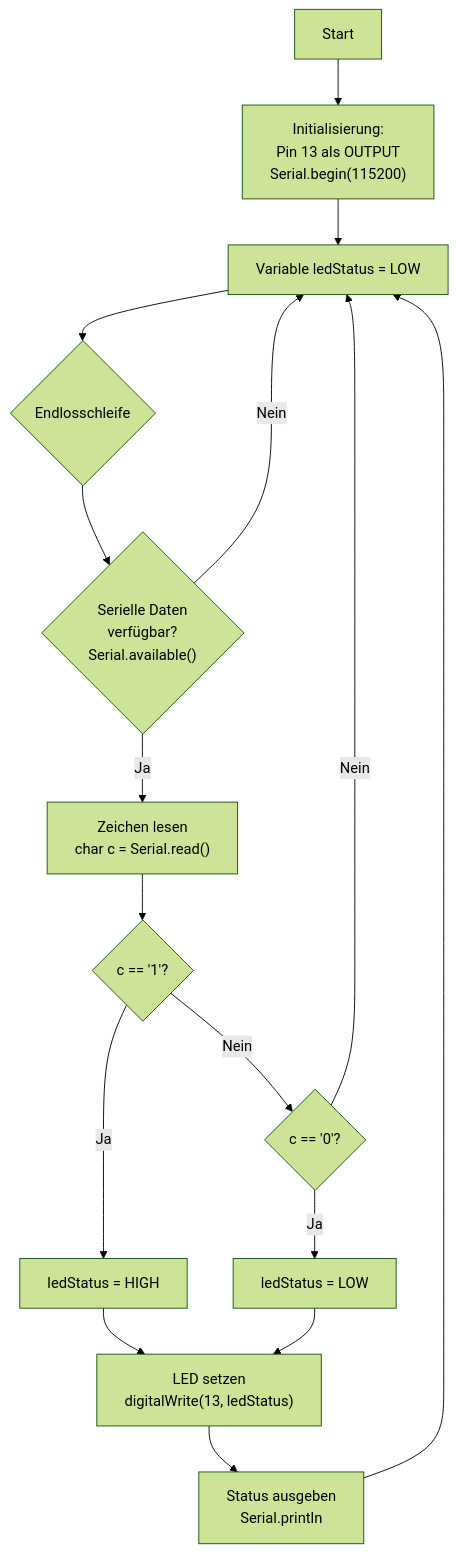
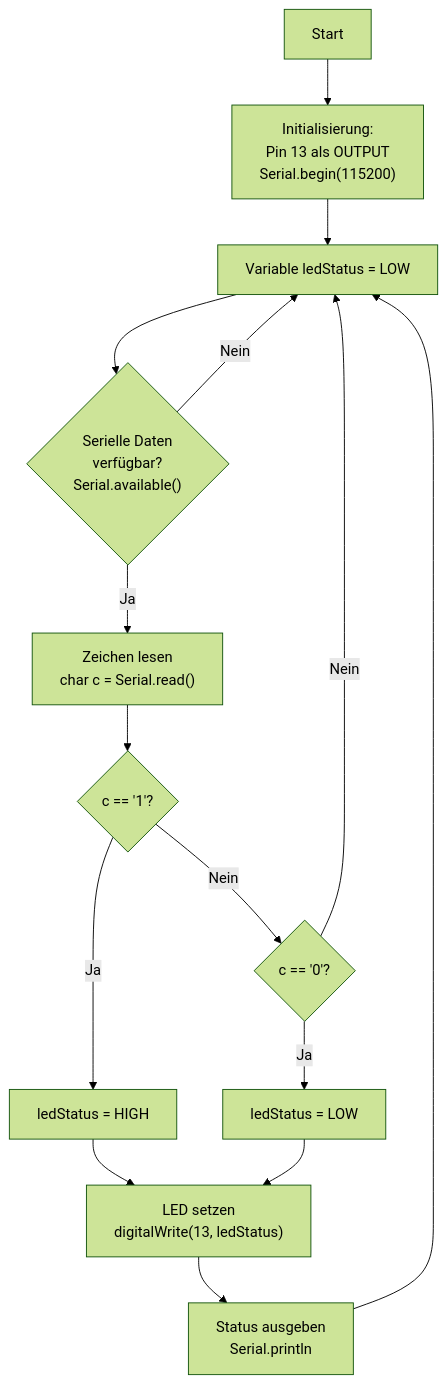
One commit to jahnhtl/embedded_systems changed the diagram in 3_Uebungsbeispiele/beispiel_1a_loesung.md. Above: the diagram before and after it, drawn with Mermaid (forest theme). The commit also changed 17 other files, not shown here.

````diff
--- a/3_Uebungsbeispiele/beispiel_1a_loesung.md
+++ b/3_Uebungsbeispiele/beispiel_1a_loesung.md
@@ -11,18 +11,18 @@
 ```mermaid
 graph TD
     A["Start"] --> B["Initialisierung:<br/>Pin 13 als OUTPUT<br/>Serial.begin(115200)"]
-    B --> C["Variable ledStatus = LOW"]
-    C --> D{"Endlosschleife"}
+    B --> D["Variable ledStatus = LOW"]
+
     D --> E{"Serielle Daten<br/>verfügbar?<br/>Serial.available()"}
     E -->|Ja| F["Zeichen lesen<br/>char c = Serial.read()"]
     F --> G{"c == '1'?"}
     G -->|Ja| H["ledStatus = HIGH"]
     G -->|Nein| I{"c == '0'?"}
     I -->|Ja| J["ledStatus = LOW"]
     H --> K["LED setzen<br/>digitalWrite(13, ledStatus)"]
     J --> K
     K --> L["Status ausgeben<br/>Serial.println"]
-    L --> C
-    I -->|Nein| C
-    E -->|Nein| C
+    L --> D
+    I -->|Nein| D
+    E -->|Nein| D
 ```
````
